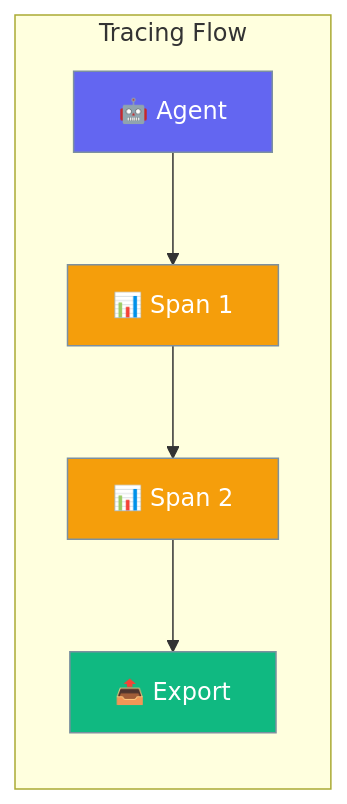
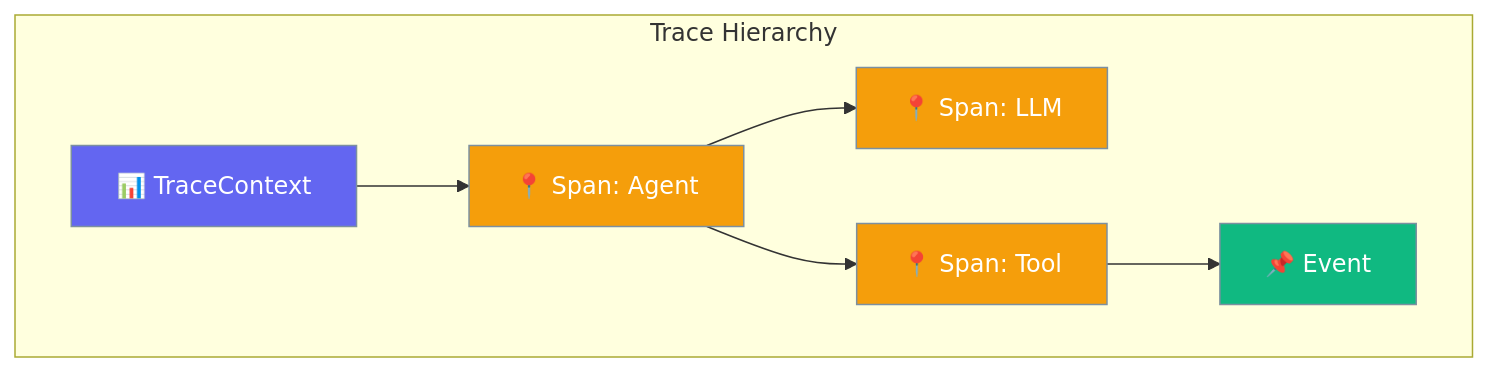
One commit to MervinPraison/PraisonAIDocs changed the first of 2 diagrams in docs/rust/tracing.mdx. Above: the diagram before and after it, drawn with Mermaid. The commit also changed other lines of this file and 87 other files, not shown here.

````diff
--- a/docs/rust/tracing.mdx
+++ b/docs/rust/tracing.mdx
@@ -10,16 +10,17 @@
 ```mermaid
-graph LR
-    subgraph "Tracing Flow"
-        A[🤖 Agent] --> S1[📊 Span 1]
-        S1 --> S2[📊 Span 2]
-        S2 --> E[📤 Export]
+graph TB
+    subgraph "Trace Hierarchy"
+        T[📊 TraceContext] --> S1[📍 Span: Agent]
+        S1 --> S2[📍 Span: LLM]
+        S1 --> S3[📍 Span: Tool]
+        S3 --> E[📌 Event]
     end
     
-    classDef agent fill:#6366F1,stroke:#7C90A0,color:#fff
+    classDef trace fill:#6366F1,stroke:#7C90A0,color:#fff
     classDef span fill:#F59E0B,stroke:#7C90A0,color:#fff
-    classDef export fill:#10B981,stroke:#7C90A0,color:#fff
+    classDef event fill:#10B981,stroke:#7C90A0,color:#fff
     
-    class A agent
-    class S1,S2 span
-    class E export
+    class T trace
+    class S1,S2,S3 span
+    class E event
 ```
````
